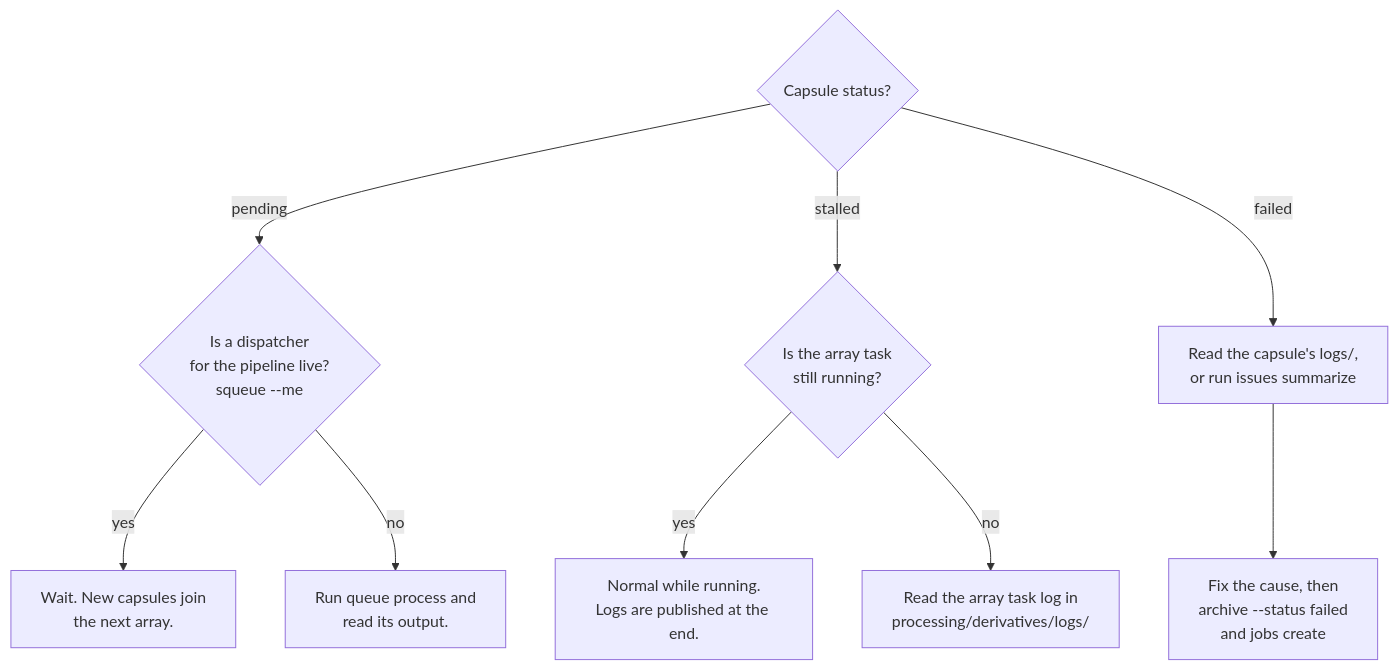
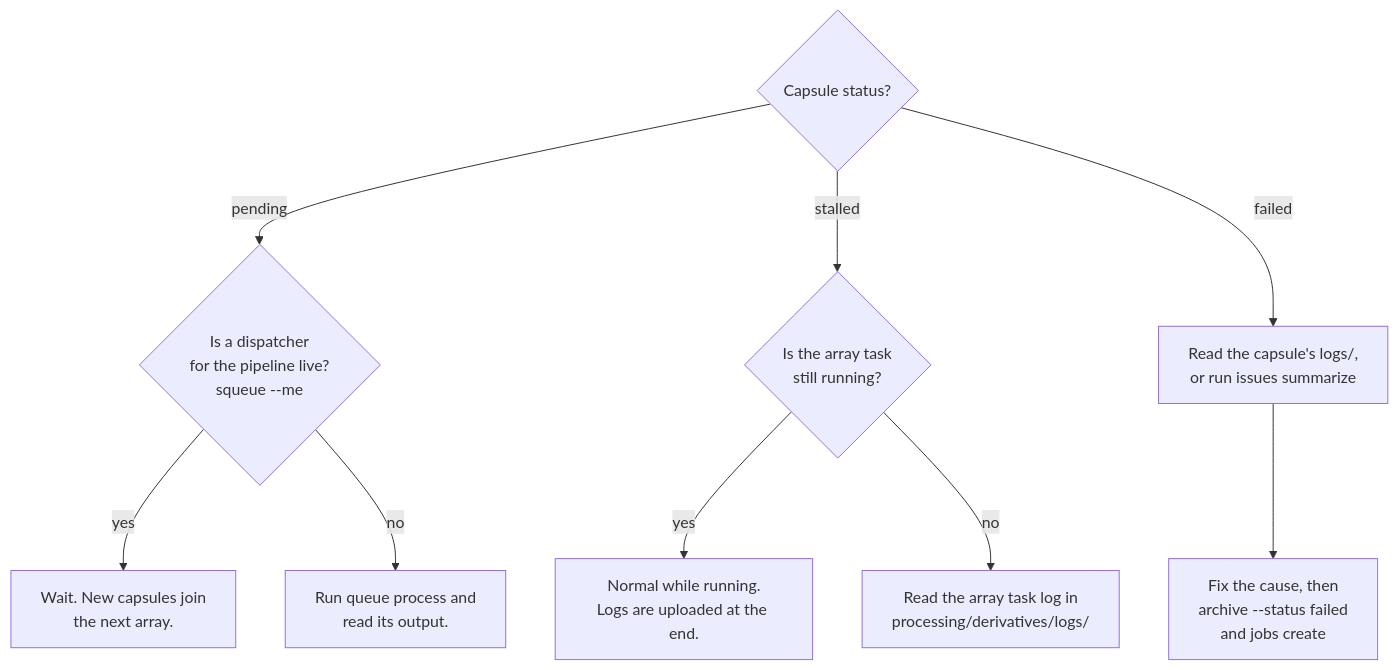
Before and after one commit to dandi-compute/dandi-compute-core: the diagram in docs/troubleshooting.md, drawn with Mermaid. The commit also changed other lines of this file and 7 other files, not shown here.

````diff
--- a/docs/troubleshooting.md
+++ b/docs/troubleshooting.md
@@ -5,12 +5,12 @@
 ```mermaid
 flowchart TD
     S{"Capsule status?"}
     S -- pending --> P{"Is a dispatcher<br/>for the pipeline live?<br/>squeue --me"}
     P -- yes --> P1["Wait. New capsules join<br/>the next array."]
     P -- no --> P2["Run queue process and<br/>read its output."]
     S -- stalled --> T{"Is the array task<br/>still running?"}
-    T -- yes --> T1["Normal while running.<br/>Logs are published at the end."]
+    T -- yes --> T1["Normal while running.<br/>Logs are uploaded at the end."]
     T -- no --> T2["Read the array task log in<br/>processing/derivatives/logs/"]
     S -- failed --> F["Read the capsule's logs/,<br/>or run issues summarize"]
     F --> F1["Fix the cause, then<br/>archive --status failed<br/>and jobs create"]
 ```
````
